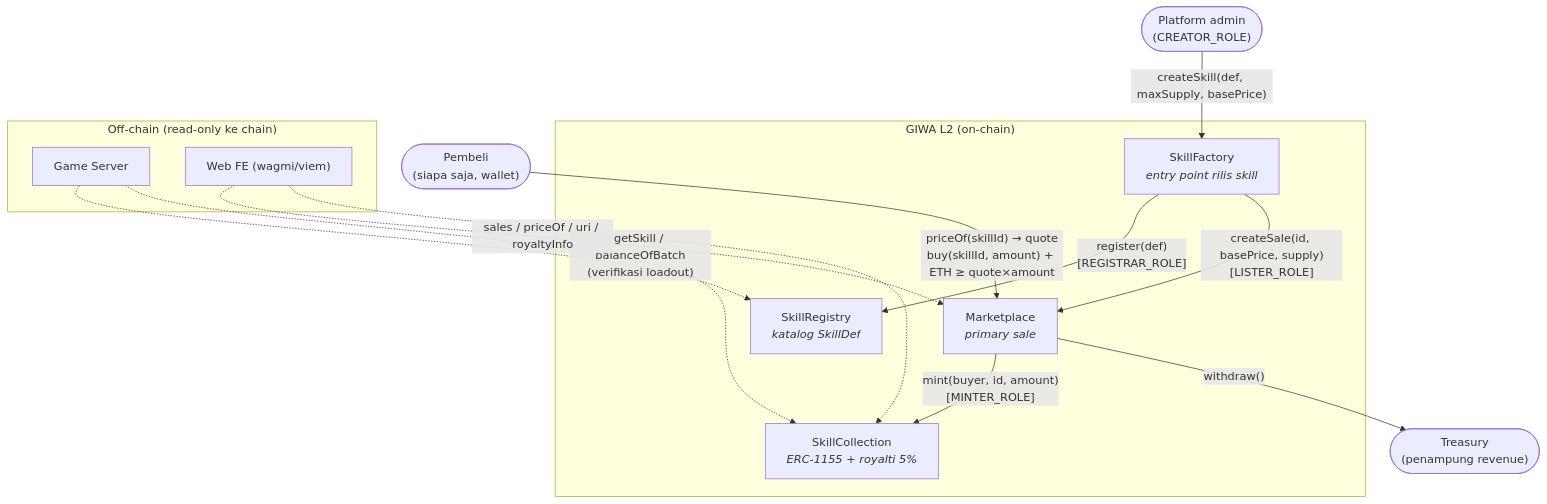
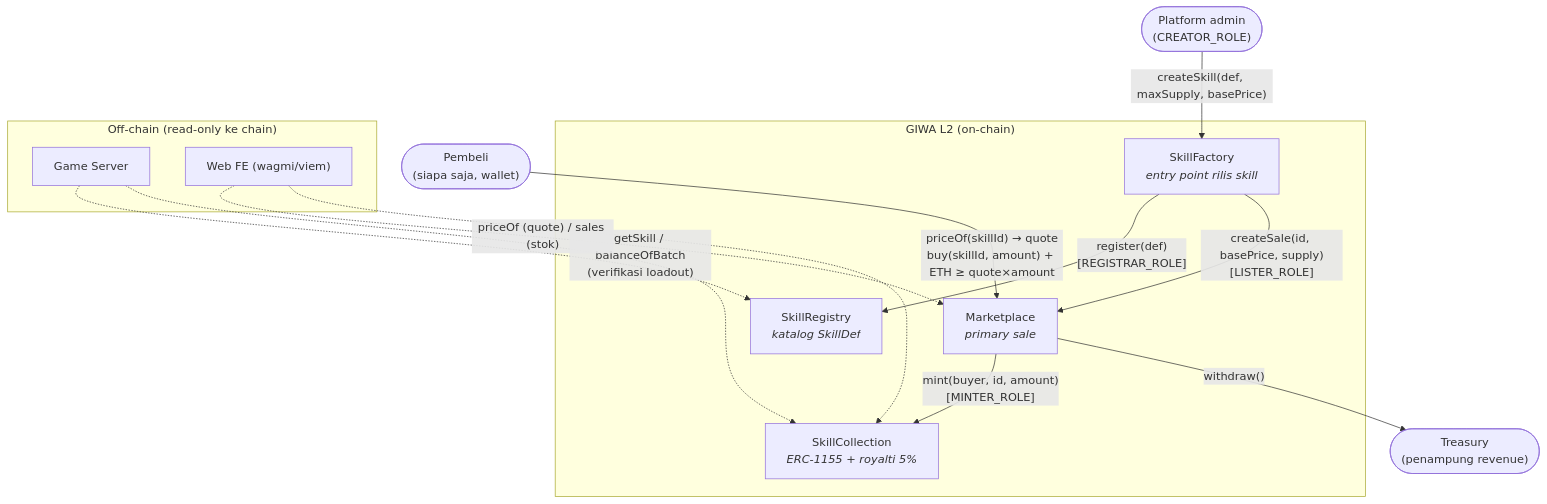
The first of 3 diagrams in contracts/README.md (yeheskieltame/TheBingoFi), drawn with Mermaid before and after one commit. The commit also changed other lines of this file and 4 other files, not shown here.

````diff
--- a/contracts/README.md
+++ b/contracts/README.md
@@ -12,30 +12,30 @@
 ```mermaid
 flowchart TB
     Platform(["Platform admin<br/>(CREATOR_ROLE)"])
     Buyer(["Pembeli<br/>(siapa saja, wallet)"])
     Treasury(["Treasury<br/>(penampung revenue)"])
 
     subgraph OnChain["GIWA L2 (on-chain)"]
         Factory["SkillFactory<br/><i>entry point rilis skill</i>"]
         Registry["SkillRegistry<br/><i>katalog SkillDef</i>"]
         Market["Marketplace<br/><i>primary sale</i>"]
         Collection["SkillCollection<br/><i>ERC-1155 + royalti 5%</i>"]
     end
 
     subgraph OffChain["Off-chain (read-only ke chain)"]
         Server["Game Server"]
         FE["Web FE (wagmi/viem)"]
     end
 
     Platform -- "createSkill(def, maxSupply, basePrice)" --> Factory
     Factory -- "register(def)<br/>[REGISTRAR_ROLE]" --> Registry
     Factory -- "createSale(id, basePrice, supply)<br/>[LISTER_ROLE]" --> Market
     Buyer -- "priceOf(skillId) → quote<br/>buy(skillId, amount) + ETH ≥ quote×amount" --> Market
     Market -- "mint(buyer, id, amount)<br/>[MINTER_ROLE]" --> Collection
     Market -- "withdraw()" --> Treasury
 
     Server -. "getSkill / balanceOfBatch<br/>(verifikasi loadout)" .-> Registry
     Server -.-> Collection
-    FE -. "sales / priceOf / uri / royaltyInfo" .-> Market
+    FE -. "priceOf (quote) / sales (stok)" .-> Market
     FE -.-> Collection
 ```
````
